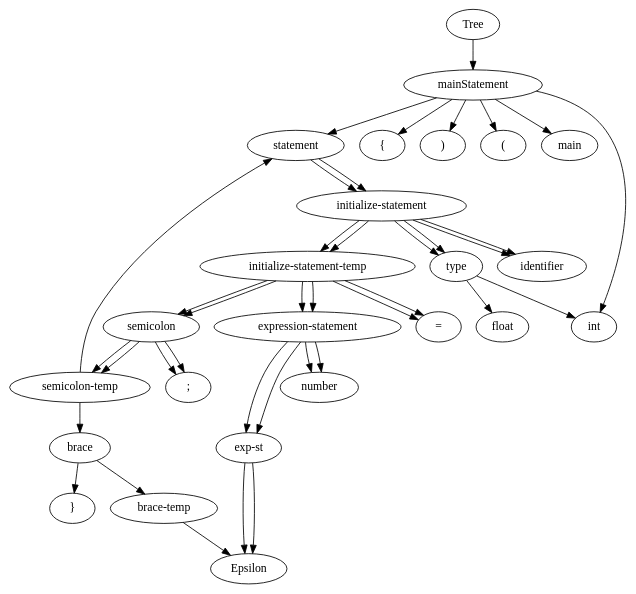
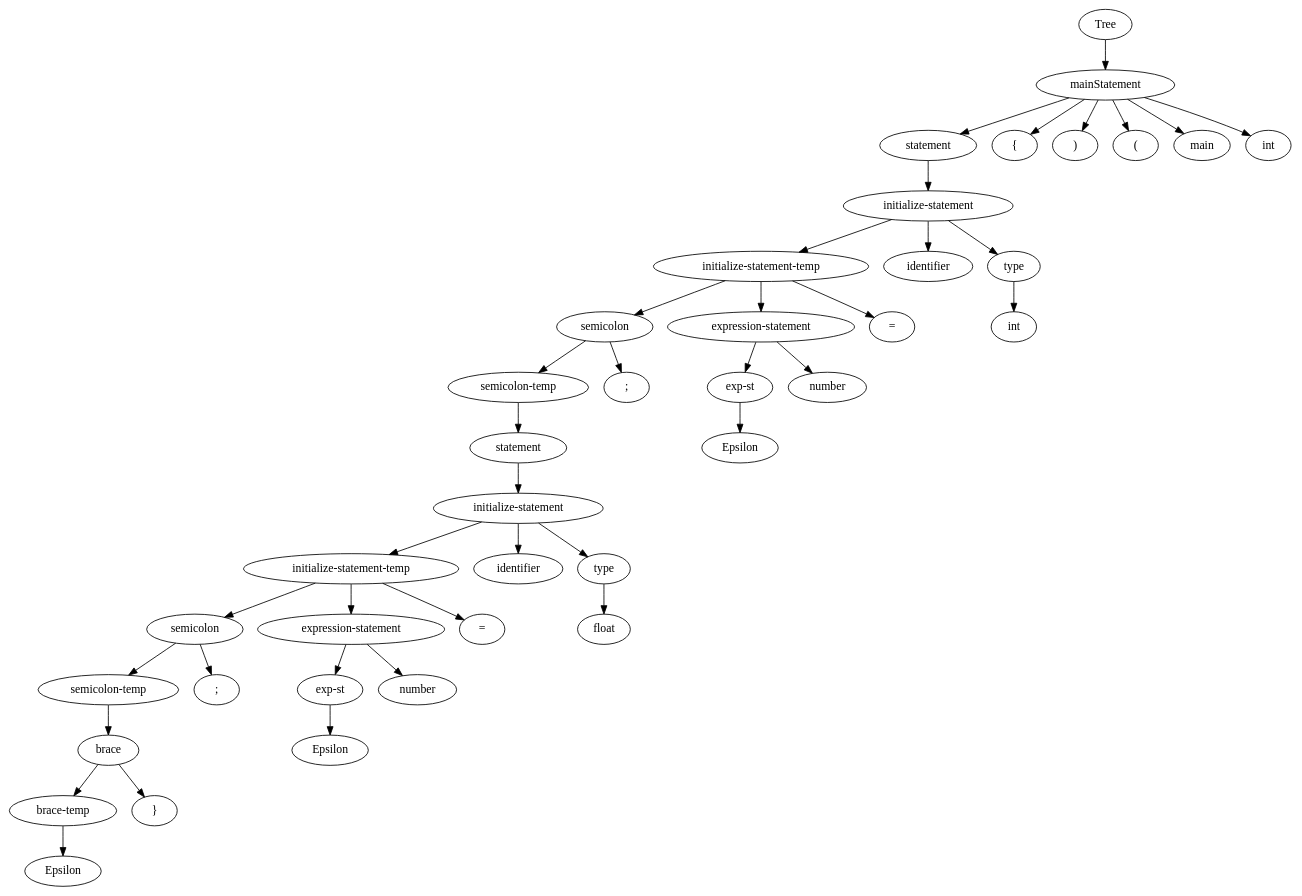
One commit to Erfan2001/Compiler-Project changed the diagram in out/ParseTree/ParseTree.gv. Above: the diagram before and after it, drawn with Graphviz. The commit also changed 3 other files, not shown here.

Commit message:
fix problem(keys not unique in graph nodes)

```diff
--- a/out/ParseTree/ParseTree.gv
+++ b/out/ParseTree/ParseTree.gv
@@ -1,92 +1,95 @@
 digraph {
 	Tree [label=Tree]
-	mainStatement [label=mainStatement]
-	Tree -> mainStatement
-	mainStatement [label=mainStatement]
-	statement [label=statement]
-	mainStatement -> statement
-	"{" [label="{"]
-	mainStatement -> "{"
-	")" [label=")"]
-	mainStatement -> ")"
-	"(" [label="("]
-	mainStatement -> "("
-	main [label=main]
-	mainStatement -> main
-	int [label=int]
-	mainStatement -> int
-	statement [label=statement]
-	"initialize-statement" [label="initialize-statement"]
-	statement -> "initialize-statement"
-	"initialize-statement" [label="initialize-statement"]
-	"initialize-statement-temp" [label="initialize-statement-temp"]
-	"initialize-statement" -> "initialize-statement-temp"
-	identifier [label=identifier]
-	"initialize-statement" -> identifier
-	type [label=type]
-	"initialize-statement" -> type
-	type [label=type]
-	int [label=int]
-	type -> int
-	"initialize-statement-temp" [label="initialize-statement-temp"]
-	semicolon [label=semicolon]
-	"initialize-statement-temp" -> semicolon
-	"expression-statement" [label="expression-statement"]
-	"initialize-statement-temp" -> "expression-statement"
-	"=" [label="="]
-	"initialize-statement-temp" -> "="
-	"expression-statement" [label="expression-statement"]
-	"exp-st" [label="exp-st"]
-	"expression-statement" -> "exp-st"
-	number [label=number]
-	"expression-statement" -> number
-	"exp-st" -> Epsilon
-	semicolon [label=semicolon]
-	"semicolon-temp" [label="semicolon-temp"]
-	semicolon -> "semicolon-temp"
-	";" [label=";"]
-	semicolon -> ";"
-	"semicolon-temp" [label="semicolon-temp"]
-	statement [label=statement]
-	"semicolon-temp" -> statement
-	statement [label=statement]
-	"initialize-statement" [label="initialize-statement"]
-	statement -> "initialize-statement"
-	"initialize-statement" [label="initialize-statement"]
-	"initialize-statement-temp" [label="initialize-statement-temp"]
-	"initialize-statement" -> "initialize-statement-temp"
-	identifier [label=identifier]
-	"initialize-statement" -> identifier
-	type [label=type]
-	"initialize-statement" -> type
-	type [label=type]
-	float [label=float]
-	type -> float
-	"initialize-statement-temp" [label="initialize-statement-temp"]
-	semicolon [label=semicolon]
-	"initialize-statement-temp" -> semicolon
-	"expression-statement" [label="expression-statement"]
-	"initialize-statement-temp" -> "expression-statement"
-	"=" [label="="]
-	"initialize-statement-temp" -> "="
-	"expression-statement" [label="expression-statement"]
-	"exp-st" [label="exp-st"]
-	"expression-statement" -> "exp-st"
-	number [label=number]
-	"expression-statement" -> number
-	"exp-st" -> Epsilon
-	semicolon [label=semicolon]
-	"semicolon-temp" [label="semicolon-temp"]
-	semicolon -> "semicolon-temp"
-	";" [label=";"]
-	semicolon -> ";"
-	"semicolon-temp" [label="semicolon-temp"]
-	brace [label=brace]
-	"semicolon-temp" -> brace
-	brace [label=brace]
-	"brace-temp" [label="brace-temp"]
-	brace -> "brace-temp"
-	"}" [label="}"]
-	brace -> "}"
-	"brace-temp" -> Epsilon
+	1 [label=mainStatement]
+	Tree -> 1
+	1 [label=mainStatement]
+	2 [label=statement]
+	1 -> 2
+	3 [label="{"]
+	1 -> 3
+	4 [label=")"]
+	1 -> 4
+	5 [label="("]
+	1 -> 5
+	6 [label=main]
+	1 -> 6
+	7 [label=int]
+	1 -> 7
+	2 [label=statement]
+	8 [label="initialize-statement"]
+	2 -> 8
+	8 [label="initialize-statement"]
+	9 [label="initialize-statement-temp"]
+	8 -> 9
+	10 [label=identifier]
+	8 -> 10
+	11 [label=type]
+	8 -> 11
+	11 [label=type]
+	12 [label=int]
+	11 -> 12
+	9 [label="initialize-statement-temp"]
+	13 [label=semicolon]
+	9 -> 13
+	14 [label="expression-statement"]
+	9 -> 14
+	15 [label="="]
+	9 -> 15
+	14 [label="expression-statement"]
+	16 [label="exp-st"]
+	14 -> 16
+	17 [label=number]
+	14 -> 17
+	-100 [label=Epsilon]
+	16 -> -100
+	13 [label=semicolon]
+	18 [label="semicolon-temp"]
+	13 -> 18
+	19 [label=";"]
+	13 -> 19
+	18 [label="semicolon-temp"]
+	20 [label=statement]
+	18 -> 20
+	20 [label=statement]
+	21 [label="initialize-statement"]
+	20 -> 21
+	21 [label="initialize-statement"]
+	22 [label="initialize-statement-temp"]
+	21 -> 22
+	23 [label=identifier]
+	21 -> 23
+	24 [label=type]
+	21 -> 24
+	24 [label=type]
+	25 [label=float]
+	24 -> 25
+	22 [label="initialize-statement-temp"]
+	26 [label=semicolon]
+	22 -> 26
+	27 [label="expression-statement"]
+	22 -> 27
+	28 [label="="]
+	22 -> 28
+	27 [label="expression-statement"]
+	29 [label="exp-st"]
+	27 -> 29
+	30 [label=number]
+	27 -> 30
+	-99 [label=Epsilon]
+	29 -> -99
+	26 [label=semicolon]
+	31 [label="semicolon-temp"]
+	26 -> 31
+	32 [label=";"]
+	26 -> 32
+	31 [label="semicolon-temp"]
+	33 [label=brace]
+	31 -> 33
+	33 [label=brace]
+	34 [label="brace-temp"]
+	33 -> 34
+	35 [label="}"]
+	33 -> 35
+	-98 [label=Epsilon]
+	34 -> -98
 }
```
